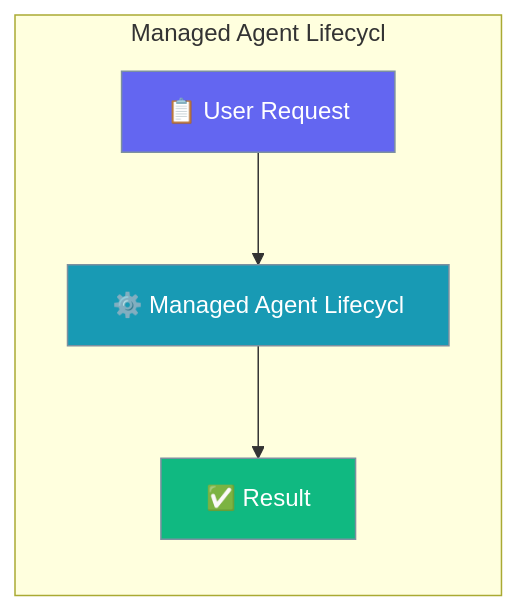
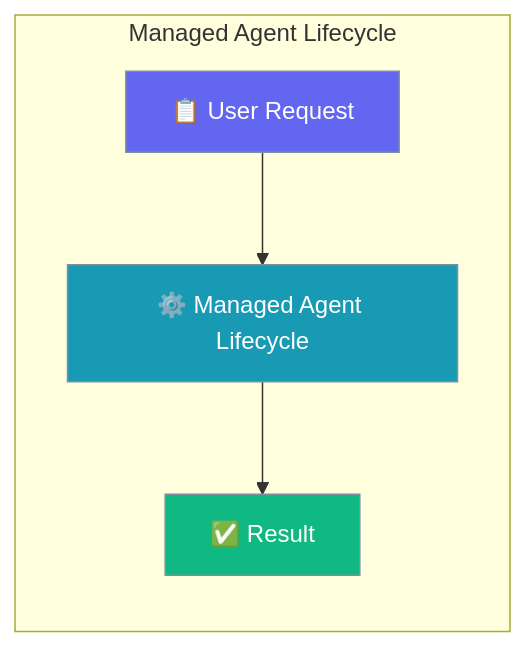
The first of 4 diagrams in docs/features/managed-agent-lifecycle.mdx (MervinPraison/PraisonAIDocs), drawn with Mermaid before and after one commit. The commit also changed 45 other files, not shown here.

First line of the commit message:
docs: fix truncated Mermaid diagram feature names (22-char cutoff)

````diff
--- a/docs/features/managed-agent-lifecycle.mdx
+++ b/docs/features/managed-agent-lifecycle.mdx
@@ -11,15 +11,15 @@
 ```mermaid
 graph LR
-    subgraph "Managed Agent Lifecycl"
-        Request[📋 User Request] --> Process[⚙️ Managed Agent Lifecycl]
+    subgraph "Managed Agent Lifecycle"
+        Request[📋 User Request] --> Process[⚙️ Managed Agent Lifecycle]
         Process --> Result[✅ Result]
     end
 
     classDef input fill:#6366F1,stroke:#7C90A0,color:#fff
     classDef process fill:#189AB4,stroke:#7C90A0,color:#fff
     classDef output fill:#10B981,stroke:#7C90A0,color:#fff
 
     class Request input
     class Process process
     class Result output
 ```
````
